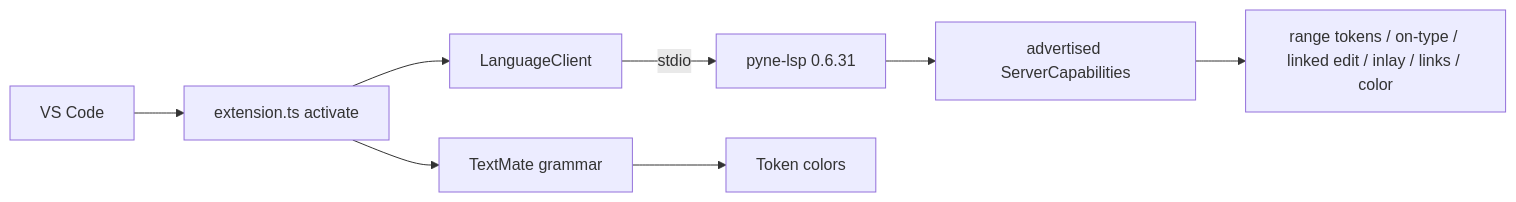
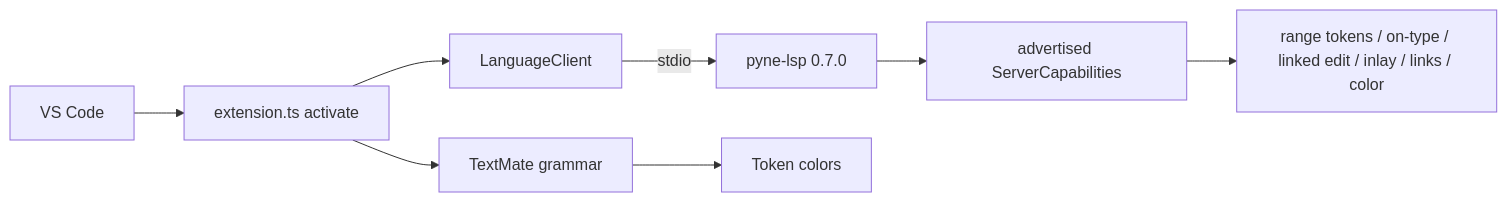
One commit to hoox-sh/pyne changed the diagram in docs/pyne/lsp/vscode-extension.mdx. Above: the diagram before and after it, drawn with Mermaid. The commit also changed other lines of this file and 38 other files, not shown here.

````diff
--- a/docs/pyne/lsp/vscode-extension.mdx
+++ b/docs/pyne/lsp/vscode-extension.mdx
@@ -33,10 +33,10 @@
 ```mermaid
 flowchart LR
   VS[VS Code] --> EXT[extension.ts activate]
   EXT --> LC[LanguageClient]
-  LC -->|stdio| LSP[pyne-lsp 0.6.31]
+  LC -->|stdio| LSP[pyne-lsp 0.7.0]
   EXT --> TM[TextMate grammar]
   TM --> HL[Token colors]
   LSP --> CAP[advertised ServerCapabilities]
   CAP --> UI[range tokens / on-type / linked edit / inlay / links / color]
 ```
````
